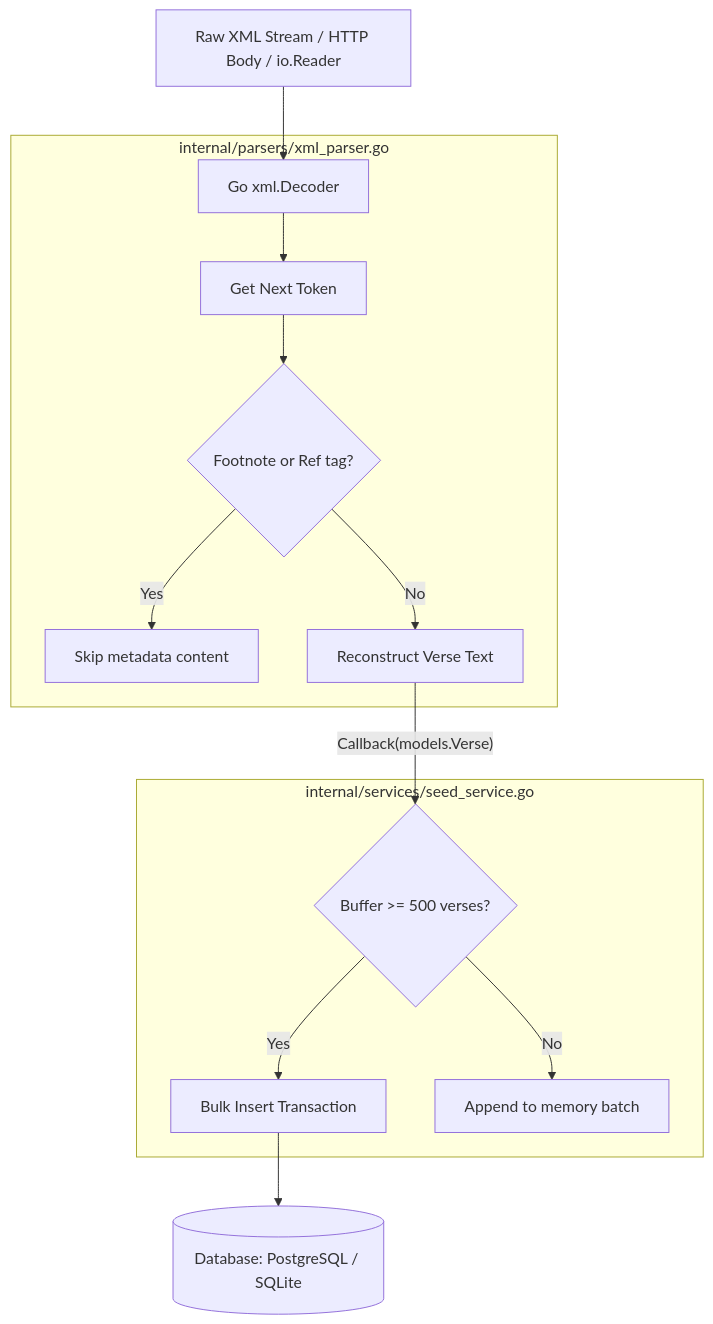
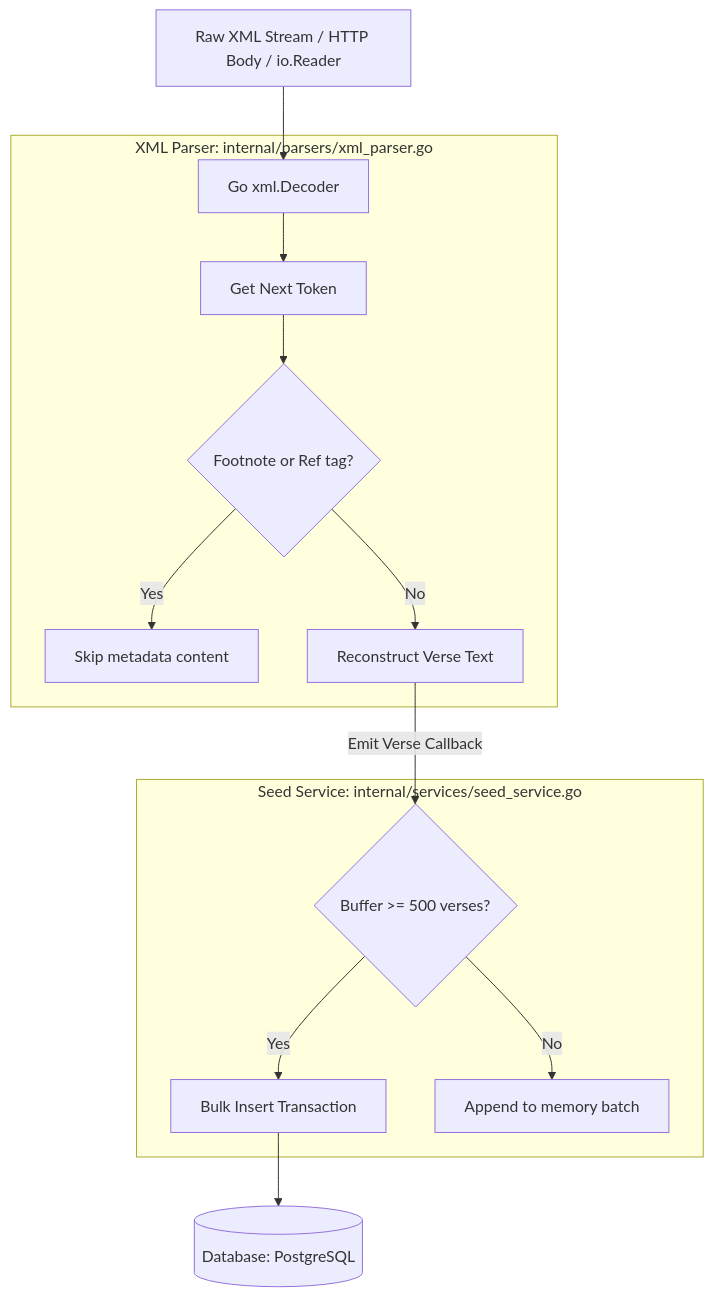
The second of 2 diagrams in docs/guide/import-and-seeding.md (mvirtai/clible-v3-go), drawn with Mermaid before and after one commit. The commit also changed 10 other files, not shown here.

Commit message:
docs(docs): fix mermaid diagram node label quotes for github pr rendering

````diff
--- a/docs/guide/import-and-seeding.md
+++ b/docs/guide/import-and-seeding.md
@@ -48,19 +48,19 @@
 ```mermaid
 graph TD
-    Stream[Raw XML Stream / HTTP Body / io.Reader] --> Dec[Go xml.Decoder]
+    Stream["Raw XML Stream / HTTP Body / io.Reader"] --> Dec["Go xml.Decoder"]
     
-    subgraph XML Parser [internal/parsers/xml_parser.go]
-        Dec --> Token[Get Next Token]
-        Token --> Filter{Footnote or Ref tag?}
-        Filter -- Yes --> Skip[Skip metadata content]
-        Filter -- No --> Process[Reconstruct Verse Text]
+    subgraph XML_Parser ["XML Parser: internal/parsers/xml_parser.go"]
+        Dec --> Token["Get Next Token"]
+        Token --> Filter{"Footnote or Ref tag?"}
+        Filter -- Yes --> Skip["Skip metadata content"]
+        Filter -- No --> Process["Reconstruct Verse Text"]
     end
 
-    subgraph Seed Service [internal/services/seed_service.go]
-        Process -- Callback(models.Verse) --> Buffer{Buffer >= 500 verses?}
-        Buffer -- Yes --> Bulk[Bulk Insert Transaction]
-        Buffer -- No --> Accumulate[Append to memory batch]
+    subgraph Seed_Service ["Seed Service: internal/services/seed_service.go"]
+        Process -->|"Emit Verse Callback"| Buffer{"Buffer >= 500 verses?"}
+        Buffer -- Yes --> Bulk["Bulk Insert Transaction"]
+        Buffer -- No --> Accumulate["Append to memory batch"]
     end
 
-    Bulk --> DB[(Database: PostgreSQL / SQLite)]
+    Bulk --> DB[("Database: PostgreSQL")]
 ```
````
